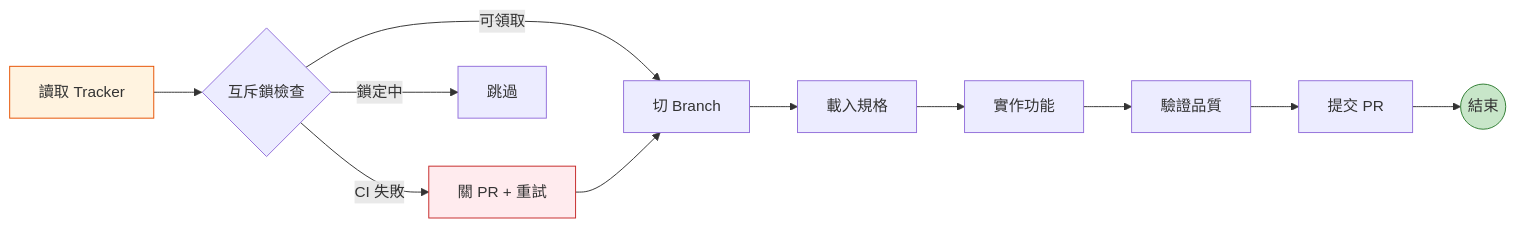
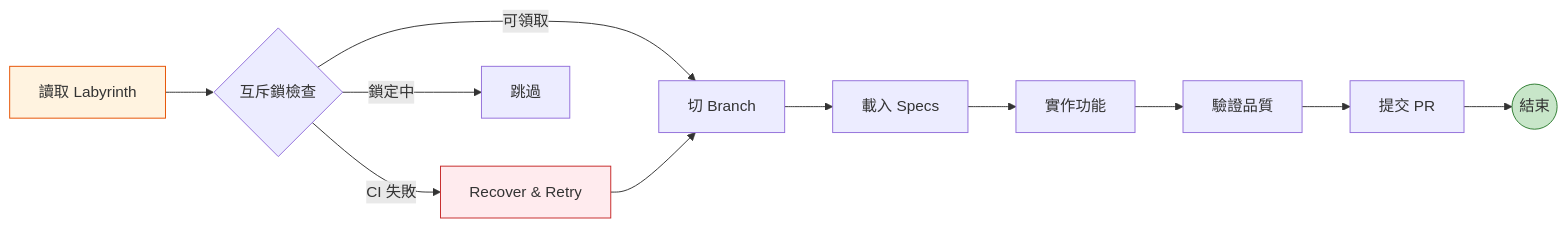
The diagram in docs/worker-protocol.qmd (tibame201020/Daedal), drawn with Mermaid before and after one commit. The commit also changed other lines of this file and 6 other files, not shown here.

````diff
--- a/docs/worker-protocol.qmd
+++ b/docs/worker-protocol.qmd
@@ -18,17 +18,17 @@
 ```{mermaid}
 graph LR
-    Read[讀取 Tracker] --> Lock{互斥鎖檢查}
+    Read[讀取 Labyrinth] --> Lock{互斥鎖檢查}
     Lock -- 可領取 --> Branch[切 Branch]
-    Lock -- CI 失敗 --> Recover[關 PR + 重試]
+    Lock -- CI 失敗 --> Recover[Recover & Retry]
     Lock -- 鎖定中 --> Skip[跳過]
-    Branch --> Spec[載入規格]
+    Branch --> Spec[載入 Specs]
     Spec --> Impl[實作功能]
     Recover --> Branch
     Impl --> Test[驗證品質]
     Test --> PR[提交 PR]
     PR --> Done((結束))
 
     style Read fill:#fff3e0,stroke:#e65100
     style Recover fill:#ffebee,stroke:#c62828
     style Done fill:#c8e6c9,stroke:#2e7d32
 ```
````
